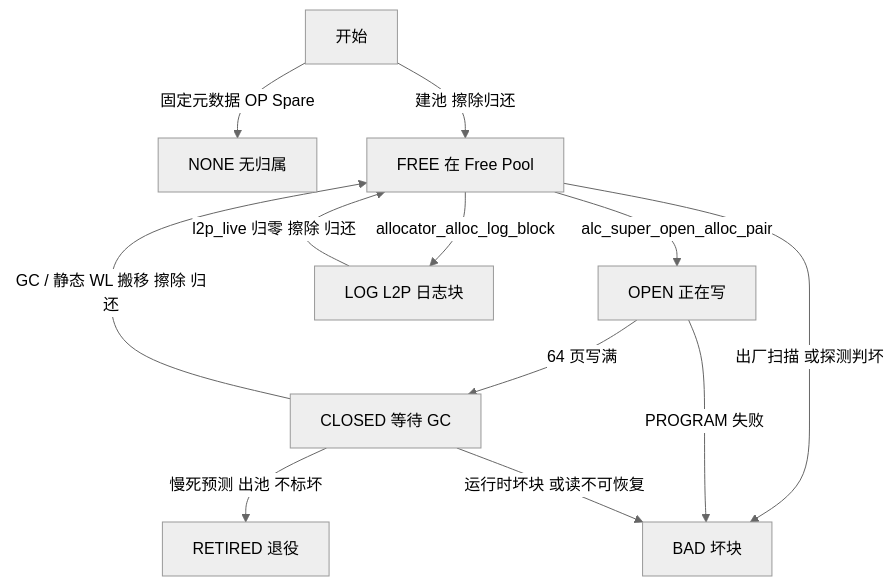
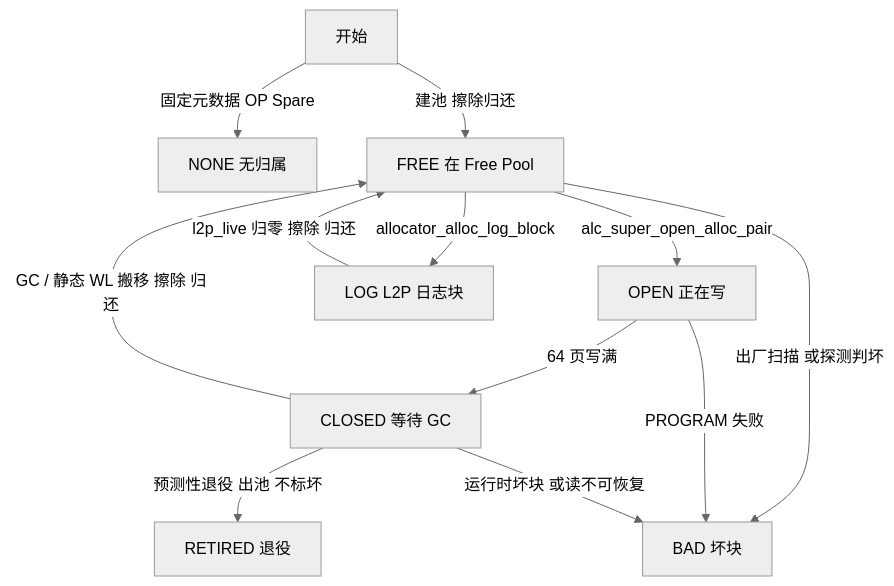
The seventh of 34 diagrams in docs/design/ftl_design.md (YzYMIAO/BASESSD), drawn with Mermaid (neutral theme) before and after one commit. The commit also changed other lines of this file and 45 other files, not shown here.

````diff
--- a/docs/design/ftl_design.md
+++ b/docs/design/ftl_design.md
@@ -1364,22 +1366,22 @@
 ```mermaid
 flowchart TD
     START["开始"]
     NONE["NONE 无归属"]
     FREE["FREE 在 Free Pool"]
     OPEN["OPEN 正在写"]
     CLOSED["CLOSED 等待 GC"]
     LOG["LOG L2P 日志块"]
     RETIRED["RETIRED 退役"]
     BAD["BAD 坏块"]
     START -- "固定元数据 OP Spare" --> NONE
     START -- "建池 擦除归还" --> FREE
     FREE -- "alc_super_open_alloc_pair" --> OPEN
     OPEN -- "64 页写满" --> CLOSED
     CLOSED -- "GC / 静态 WL 搬移 擦除 归还" --> FREE
-    CLOSED -- "慢死预测 出池 不标坏" --> RETIRED
+    CLOSED -- "预测性退役 出池 不标坏" --> RETIRED
     FREE -- "allocator_alloc_log_block" --> LOG
     LOG -- "l2p_live 归零 擦除 归还" --> FREE
     FREE -- "出厂扫描 或探测判坏" --> BAD
     OPEN -- "PROGRAM 失败" --> BAD
     CLOSED -- "运行时坏块 或读不可恢复" --> BAD
 ```
````
